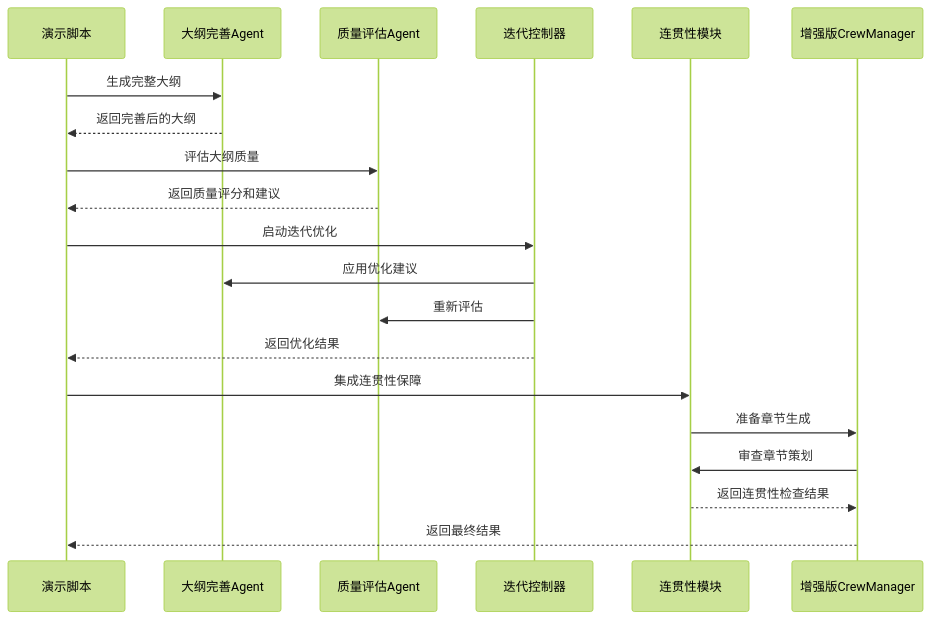
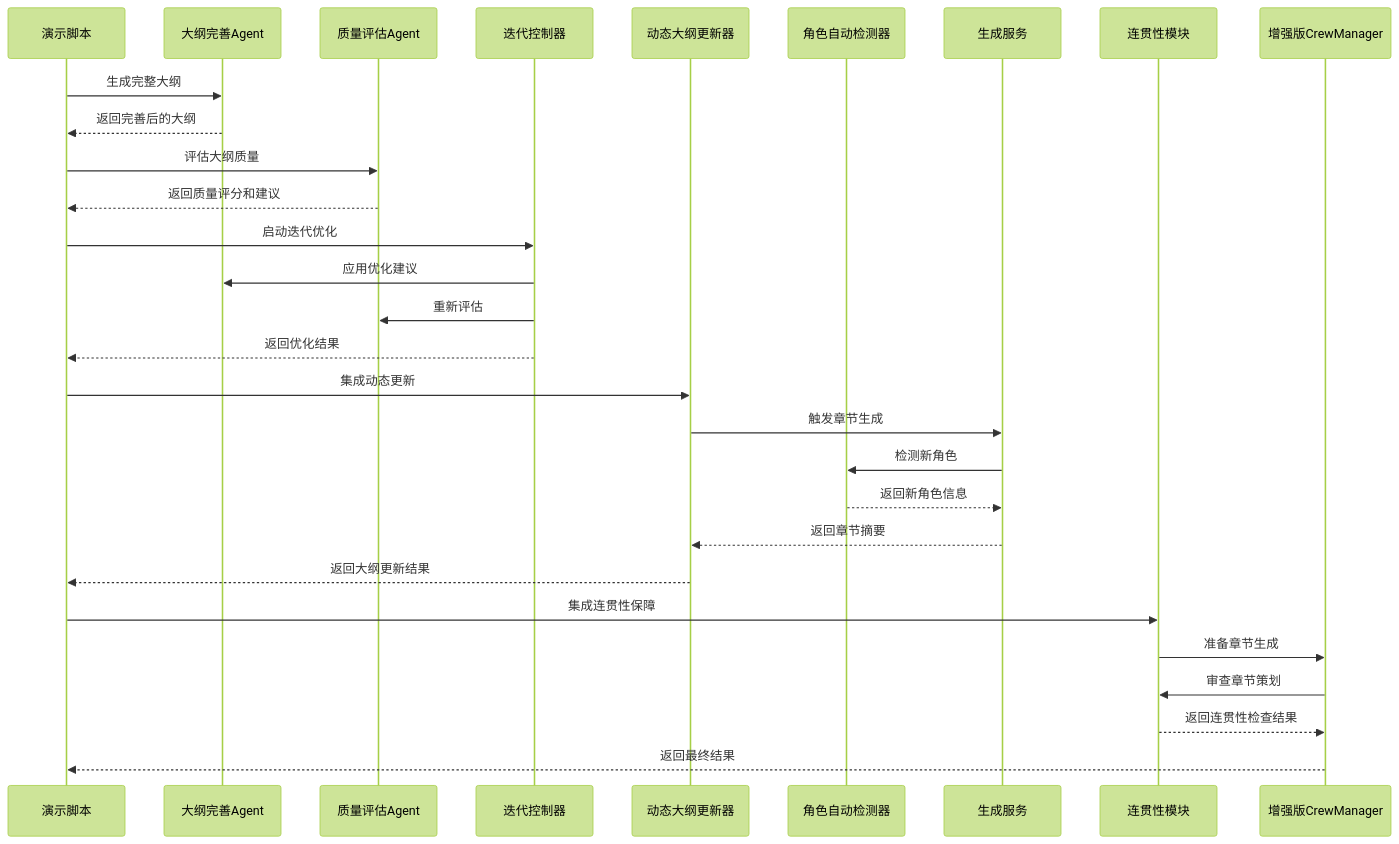
The third of 12 diagrams in .qoder/repowiki/zh/content/开发者指南/大纲增强演示脚本.md (xfbyxq/ai-novel-system), drawn with Mermaid (forest theme) before and after one commit. The commit also changed other lines of this file and 11 other files, not shown here.

````diff
--- a/.qoder/repowiki/zh/content/开发者指南/大纲增强演示脚本.md
+++ b/.qoder/repowiki/zh/content/开发者指南/大纲增强演示脚本.md
@@ -236,22 +257,31 @@
 ```mermaid
 sequenceDiagram
 participant Demo as 演示脚本
 participant Refiner as 大纲完善Agent
 participant Validator as 质量评估Agent
 participant Controller as 迭代控制器
+participant DynamicUpdater as 动态大纲更新器
+participant CharacterDetector as 角色自动检测器
+participant GenerationService as 生成服务
 participant Continuity as 连贯性模块
 participant EnhancedCrew as 增强版CrewManager
 Demo->>Refiner : 生成完整大纲
 Refiner-->>Demo : 返回完善后的大纲
 Demo->>Validator : 评估大纲质量
 Validator-->>Demo : 返回质量评分和建议
 Demo->>Controller : 启动迭代优化
 Controller->>Refiner : 应用优化建议
 Controller->>Validator : 重新评估
 Controller-->>Demo : 返回优化结果
+Demo->>DynamicUpdater : 集成动态更新
+DynamicUpdater->>GenerationService : 触发章节生成
+GenerationService->>CharacterDetector : 检测新角色
+CharacterDetector-->>GenerationService : 返回新角色信息
+GenerationService-->>DynamicUpdater : 返回章节摘要
+DynamicUpdater-->>Demo : 返回大纲更新结果
 Demo->>Continuity : 集成连贯性保障
 Continuity->>EnhancedCrew : 准备章节生成
 EnhancedCrew->>Continuity : 审查章节策划
 Continuity-->>EnhancedCrew : 返回连贯性检查结果
 EnhancedCrew-->>Demo : 返回最终结果
 ```
````
